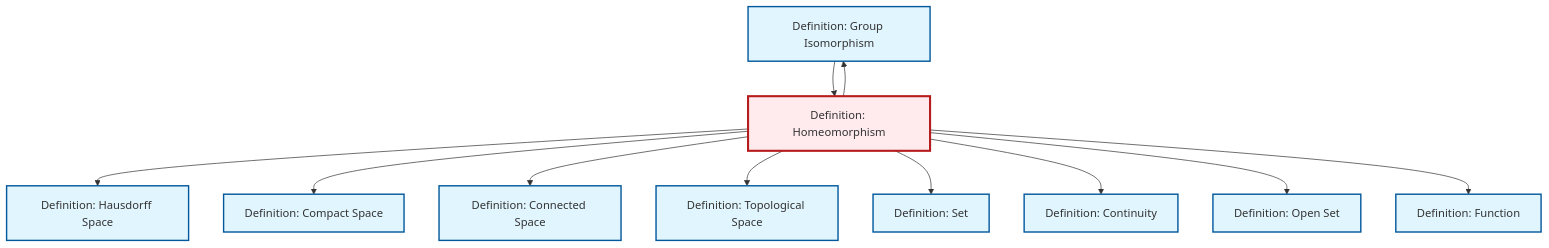
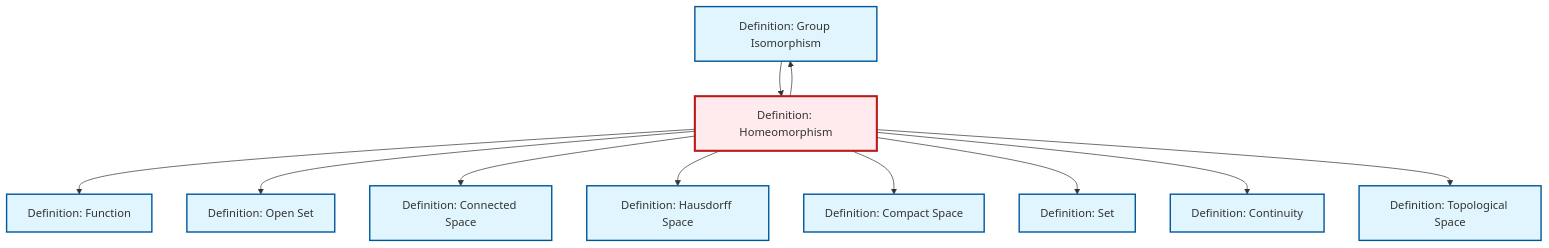
One commit to RK0429/ModernMath changed the diagram in content/en/topology/def-homeomorphism.qmd. Above: the diagram before and after it, drawn with Mermaid. The commit also changed other lines of this file and 619 other files, not shown here.

````diff
--- a/content/en/topology/def-homeomorphism.qmd
+++ b/content/en/topology/def-homeomorphism.qmd
@@ -101,39 +101,39 @@
 ```{mermaid}
 %%| fig-cap: "Local dependency graph"
 graph TD
     classDef definition fill:#e1f5fe,stroke:#01579b,stroke-width:2px
     classDef theorem fill:#f3e5f5,stroke:#4a148c,stroke-width:2px
     classDef axiom fill:#fff3e0,stroke:#e65100,stroke-width:2px
     classDef example fill:#e8f5e9,stroke:#1b5e20,stroke-width:2px
     classDef current fill:#ffebee,stroke:#b71c1c,stroke-width:3px
     def-compact["Definition: Compact Space"]:::definition
-    def-hausdorff["Definition: Hausdorff Space"]:::definition
-    def-function["Definition: Function"]:::definition
-    def-isomorphism["Definition: Group Isomorphism"]:::definition
+    def-open-set["Definition: Open Set"]:::definition
     def-set["Definition: Set"]:::definition
-    def-homeomorphism["Definition: Homeomorphism"]:::definition
     def-connected["Definition: Connected Space"]:::definition
     def-topological-space["Definition: Topological Space"]:::definition
-    def-open-set["Definition: Open Set"]:::definition
+    def-isomorphism["Definition: Group Isomorphism"]:::definition
+    def-homeomorphism["Definition: Homeomorphism"]:::definition
+    def-hausdorff["Definition: Hausdorff Space"]:::definition
     def-continuity["Definition: Continuity"]:::definition
+    def-function["Definition: Function"]:::definition
+    def-homeomorphism --> def-function
+    def-homeomorphism --> def-open-set
+    def-homeomorphism --> def-connected
+    def-homeomorphism --> def-isomorphism
     def-homeomorphism --> def-hausdorff
     def-homeomorphism --> def-compact
-    def-homeomorphism --> def-isomorphism
+    def-homeomorphism --> def-set
     def-isomorphism --> def-homeomorphism
-    def-homeomorphism --> def-connected
+    def-homeomorphism --> def-continuity
     def-homeomorphism --> def-topological-space
-    def-homeomorphism --> def-set
-    def-homeomorphism --> def-continuity
-    def-homeomorphism --> def-open-set
-    def-homeomorphism --> def-function
     class def-homeomorphism current
     click def-compact "def-compact.html" "Go to Compact Space definition"
-    click def-hausdorff "def-hausdorff.html" "Go to Hausdorff Space definition"
-    click def-function "def-function.html" "Go to Function definition"
-    click def-isomorphism "def-isomorphism.html" "Go to Group Isomorphism definition"
+    click def-open-set "def-open-set.html" "Go to Open Set definition"
     click def-set "def-set.html" "Go to Set definition"
     click def-connected "def-connected.html" "Go to Connected Space definition"
     click def-topological-space "def-topological-space.html" "Go to Topological Space definition"
-    click def-open-set "def-open-set.html" "Go to Open Set definition"
+    click def-isomorphism "def-isomorphism.html" "Go to Group Isomorphism definition"
+    click def-hausdorff "def-hausdorff.html" "Go to Hausdorff Space definition"
     click def-continuity "def-continuity.html" "Go to Continuity definition"
+    click def-function "def-function.html" "Go to Function definition"
 ```
````
